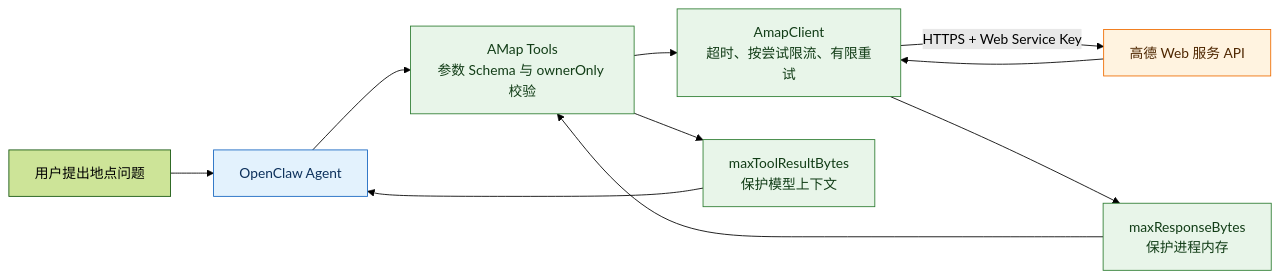
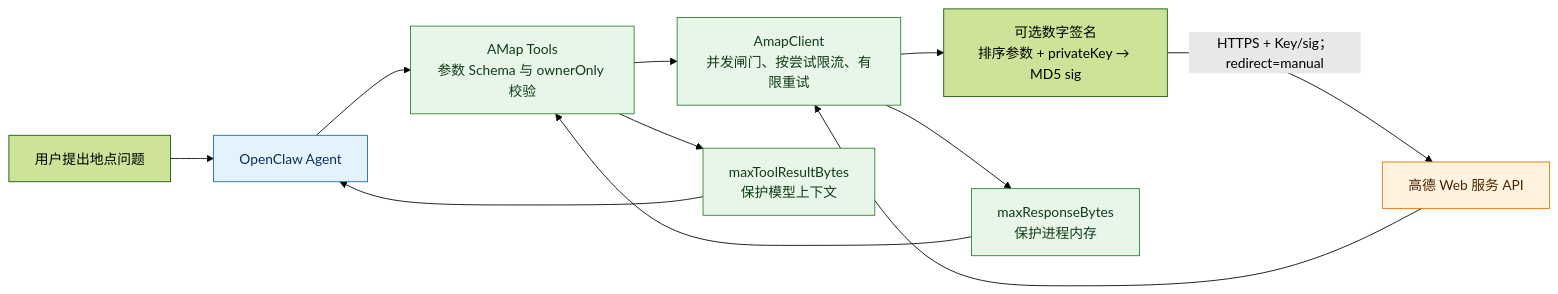
The first of 2 diagrams in extensions/amap/README.zh-CN.md (partme-ai/openclaw-plugins), drawn with Mermaid (forest theme) before and after one commit. The commit also changed other lines of this file and 35 other files, not shown here.

First line of the commit message:
feat(amap): 添加高德地图API数字签名和并发控制功能

````diff
--- a/extensions/amap/README.zh-CN.md
+++ b/extensions/amap/README.zh-CN.md
@@ -33,16 +34,17 @@
 ```mermaid
 flowchart LR
     U["用户提出地点问题"] --> A["OpenClaw Agent"]
     A --> T["AMap Tools<br/>参数 Schema 与 ownerOnly 校验"]
-    T --> C["AmapClient<br/>超时、按尝试限流、有限重试"]
-    C -->|"HTTPS + Web Service Key"| API["高德 Web 服务 API"]
+    T --> C["AmapClient<br/>并发闸门、按尝试限流、有限重试"]
+    C --> S["可选数字签名<br/>排序参数 + privateKey → MD5 sig"]
+    S -->|"HTTPS + Key/sig；redirect=manual"| API["高德 Web 服务 API"]
     API --> C --> B["maxResponseBytes<br/>保护进程内存"]
     B --> T --> R["maxToolResultBytes<br/>保护模型上下文"] --> A
 
     classDef runtime fill:#e3f2fd,stroke:#1565c0,color:#0d315c
     classDef plugin fill:#e8f5e9,stroke:#2e7d32,color:#123d17
     classDef external fill:#fff3e0,stroke:#ef6c00,color:#4e2600
     class A runtime
     class T,C,B,R plugin
     class API external
 ```
````
